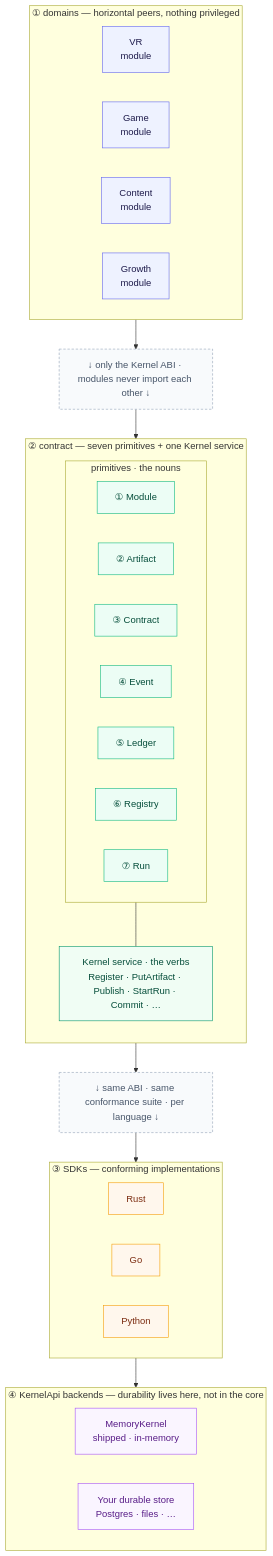
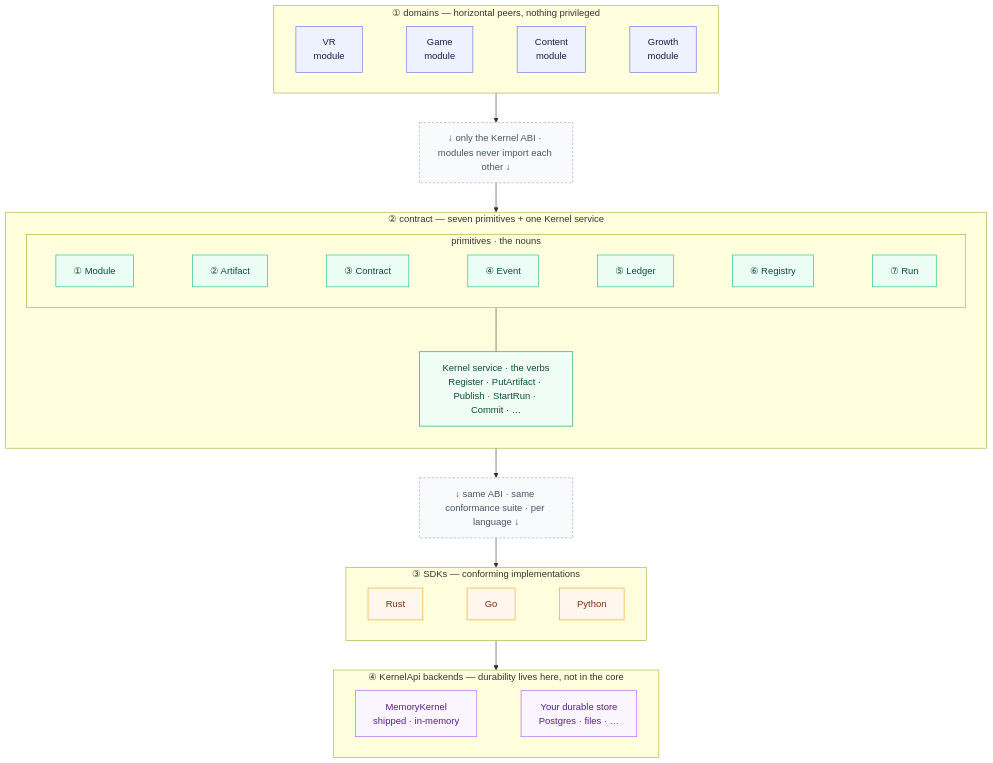
The first of 8 diagrams in README.md (philcantcode/srcport-substrate), drawn with Mermaid before and after one commit. The commit also changed other lines of this file, not shown here.

First line of the commit message:
docs(readme): clarify architecture diagrams and run sequence

````diff
--- a/README.md
+++ b/README.md
@@ -30,58 +30,46 @@
 ```mermaid
 flowchart TB
     subgraph L1["① domains — horizontal peers, nothing privileged"]
         direction LR
-        M1["VR<br/>module"]
-        M2["Game<br/>module"]
-        M3["Content<br/>module"]
-        M4["Growth<br/>module"]
+        M1["VR<br/>module"] ~~~ M2["Game<br/>module"] ~~~ M3["Content<br/>module"] ~~~ M4["Growth<br/>module"]
     end
 
     ABI["↓ only the Kernel ABI · modules never import each other ↓"]
 
     subgraph L2["② contract — seven primitives + one Kernel service"]
         direction TB
         subgraph Nouns["primitives · the nouns"]
             direction LR
-            P1["① Module"]
-            P2["② Artifact"]
-            P3["③ Contract"]
-            P4["④ Event"]
-            P5["⑤ Ledger"]
-            P6["⑥ Registry"]
-            P7["⑦ Run"]
+            P1["① Module"] ~~~ P2["② Artifact"] ~~~ P3["③ Contract"] ~~~ P4["④ Event"] ~~~ P5["⑤ Ledger"] ~~~ P6["⑥ Registry"] ~~~ P7["⑦ Run"]
         end
         Verbs["Kernel service · the verbs<br/>Register · PutArtifact · Publish · StartRun · Commit · …"]
         Nouns --- Verbs
     end
 
     IMPL["↓ same ABI · same conformance suite · per language ↓"]
 
     subgraph L3["③ SDKs — conforming implementations"]
         direction LR
-        S1["Rust"]
-        S2["Go"]
-        S3["Python"]
+        S1["Rust"] ~~~ S2["Go"] ~~~ S3["Python"]
     end
 
     subgraph L4["④ KernelApi backends — durability lives here, not in the core"]
         direction LR
-        B1["MemoryKernel<br/>shipped · in-memory"]
-        B2["Your durable store<br/>Postgres · files · …"]
+        B1["MemoryKernel<br/>shipped · in-memory"] ~~~ B2["Your durable store<br/>Postgres · files · …"]
     end
 
     L1 --> ABI --> L2 --> IMPL --> L3 --> L4
 
     classDef dom fill:#eef2ff,stroke:#6366f1,stroke-width:1px,color:#1e1b4b;
     classDef ker fill:#ecfdf5,stroke:#10b981,stroke-width:1px,color:#064e3b;
     classDef abi fill:#f0fdf4,stroke:#059669,stroke-width:1px,color:#064e3b;
     classDef sdk fill:#fff7ed,stroke:#f59e0b,stroke-width:1px,color:#7c2d12;
     classDef back fill:#faf5ff,stroke:#a855f7,stroke-width:1px,color:#581c87;
     classDef seam fill:#f8fafc,stroke:#94a3b8,stroke-width:1px,stroke-dasharray: 4 3,color:#475569;
     class M1,M2,M3,M4 dom;
     class P1,P2,P3,P4,P5,P6,P7 ker;
     class Verbs abi;
     class S1,S2,S3 sdk;
     class B1,B2 back;
     class ABI,IMPL seam;
 ```
````
